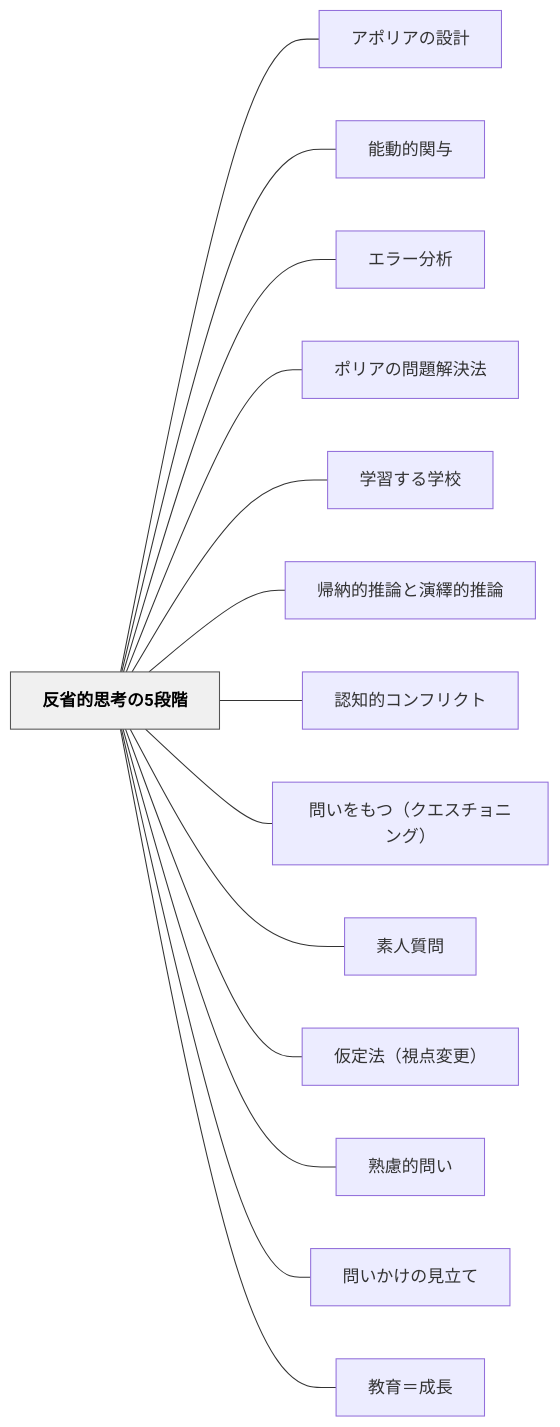
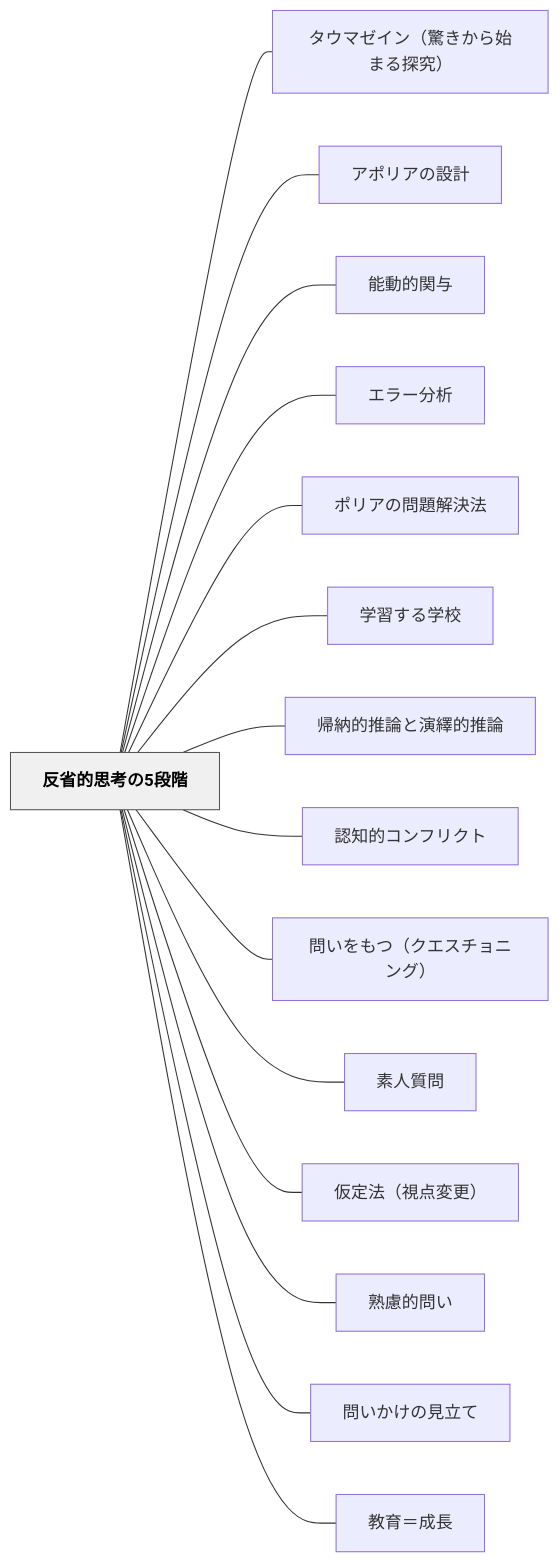
One commit to unknownthings-ed-patterns/unknownthings-ed-patterns changed the diagram in content/パタン/反省的思考の5段階.md. Above: the diagram before and after it, drawn with Mermaid. The commit also changed other lines of this file and 185 other files, not shown here.

````diff
--- a/content/パタン/反省的思考の5段階.md
+++ b/content/パタン/反省的思考の5段階.md
@@ -213,34 +214,36 @@
 ```mermaid
 flowchart LR
     ne58f8de79c81e79a84e6809de88083e381ae35e6aeb5e99a8e["反省的思考の5段階"]
+    ne382bfe382a6e3839ee382bce382a4e383b3efbc88e9a99ae3818de3818be38289e5a78be381bee3828be68ea2e7a9b6efbc89["タウマゼイン（驚きから始まる探究）"]
     ne382a2e3839de383aae382a2e381aee8a8ade8a888["アポリアの設計"]
     ne883bde58b95e79a84e996a2e4b88e["能動的関与"]
     ne382a8e383a9e383bce58886e69e90["エラー分析"]
     ne3839de383aae382a2e381aee5958fe9a18ce8a7a3e6b1bae6b395["ポリアの問題解決法"]
     ne5ada6e7bf92e38199e3828be5ada6e6a0a1["学習する学校"]
     ne5b8b0e7b48de79a84e68ea8e8ab96e381a8e6bc94e7b9b9e79a84e68ea8e8ab96["帰納的推論と演繹的推論"]
     ne8aa8de79fa5e79a84e382b3e383b3e38395e383aae382afe38388["認知的コンフリクト"]
     ne5958fe38184e38292e38282e381a4efbc88e382afe382a8e382b9e38381e383a7e3838be383b3e382b0efbc89["問いをもつ（クエスチョニング）"]
     ne7b4a0e4babae8b3aae5958f["素人質問"]
     ne4bbaee5ae9ae6b395efbc88e8a696e782b9e5a489e69bb4efbc89["仮定法（視点変更）"]
     ne7869fe685aee79a84e5958fe38184["熟慮的問い"]
     ne5958fe38184e3818be38191e381aee8a68be7ab8be381a6["問いかけの見立て"]
     ne69599e882b2efbc9de68890e995b7["教育＝成長"]
 
+    ne58f8de79c81e79a84e6809de88083e381ae35e6aeb5e99a8e --- ne382bfe382a6e3839ee382bce382a4e383b3efbc88e9a99ae3818de3818be38289e5a78be381bee3828be68ea2e7a9b6efbc89
     ne58f8de79c81e79a84e6809de88083e381ae35e6aeb5e99a8e --- ne382a2e3839de383aae382a2e381aee8a8ade8a888
     ne58f8de79c81e79a84e6809de88083e381ae35e6aeb5e99a8e --- ne883bde58b95e79a84e996a2e4b88e
     ne58f8de79c81e79a84e6809de88083e381ae35e6aeb5e99a8e --- ne382a8e383a9e383bce58886e69e90
     ne58f8de79c81e79a84e6809de88083e381ae35e6aeb5e99a8e --- ne3839de383aae382a2e381aee5958fe9a18ce8a7a3e6b1bae6b395
     ne58f8de79c81e79a84e6809de88083e381ae35e6aeb5e99a8e --- ne5ada6e7bf92e38199e3828be5ada6e6a0a1
     ne58f8de79c81e79a84e6809de88083e381ae35e6aeb5e99a8e --- ne5b8b0e7b48de79a84e68ea8e8ab96e381a8e6bc94e7b9b9e79a84e68ea8e8ab96
     ne58f8de79c81e79a84e6809de88083e381ae35e6aeb5e99a8e --- ne8aa8de79fa5e79a84e382b3e383b3e38395e383aae382afe38388
     ne58f8de79c81e79a84e6809de88083e381ae35e6aeb5e99a8e --- ne5958fe38184e38292e38282e381a4efbc88e382afe382a8e382b9e38381e383a7e3838be383b3e382b0efbc89
     ne58f8de79c81e79a84e6809de88083e381ae35e6aeb5e99a8e --- ne7b4a0e4babae8b3aae5958f
     ne58f8de79c81e79a84e6809de88083e381ae35e6aeb5e99a8e --- ne4bbaee5ae9ae6b395efbc88e8a696e782b9e5a489e69bb4efbc89
     ne58f8de79c81e79a84e6809de88083e381ae35e6aeb5e99a8e --- ne7869fe685aee79a84e5958fe38184
     ne58f8de79c81e79a84e6809de88083e381ae35e6aeb5e99a8e --- ne5958fe38184e3818be38191e381aee8a68be7ab8be381a6
     ne58f8de79c81e79a84e6809de88083e381ae35e6aeb5e99a8e --- ne69599e882b2efbc9de68890e995b7
 
     classDef hub fill:#f0f0f0,stroke:#555,color:#000,font-weight:bold
     class ne58f8de79c81e79a84e6809de88083e381ae35e6aeb5e99a8e hub
 ```
````
